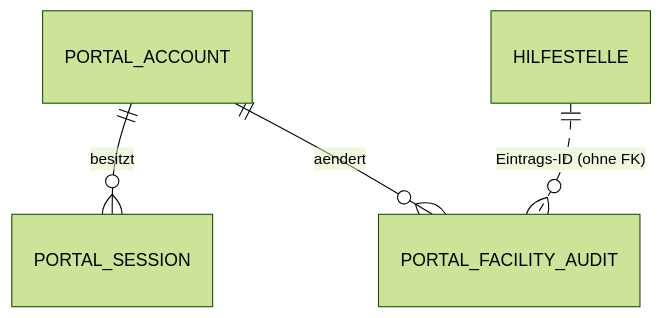
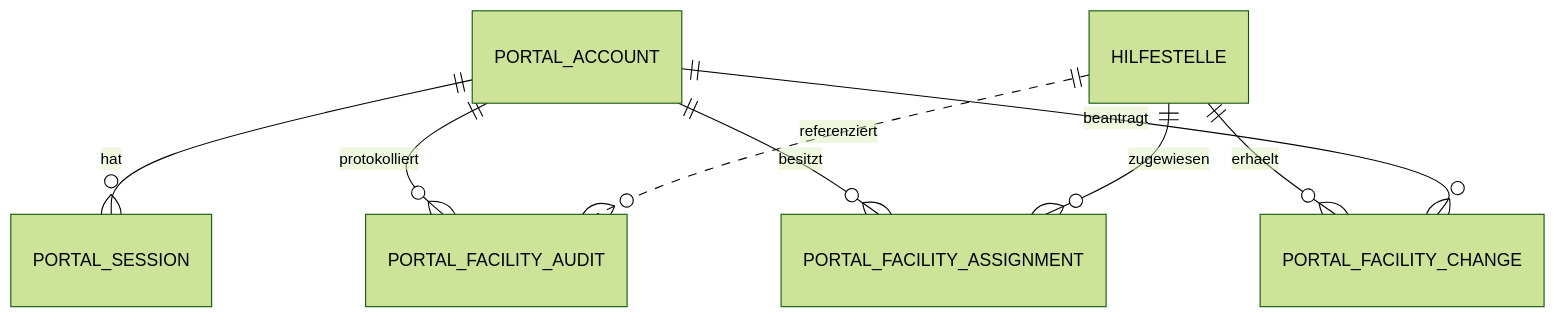
One commit to Pferdusmaximus/YANA-A-B-S changed the diagram in docs/technik/teamportal-datenbank.md. Above: the diagram before and after it, drawn with Mermaid (forest theme). The commit also changed other lines of this file and 24 other files, not shown here.

````diff
--- a/docs/technik/teamportal-datenbank.md
+++ b/docs/technik/teamportal-datenbank.md
@@ -15,6 +17,10 @@
 ```mermaid
 erDiagram
-    PORTAL_ACCOUNT ||--o{ PORTAL_SESSION : "besitzt"
-    PORTAL_ACCOUNT ||--o{ PORTAL_FACILITY_AUDIT : "aendert"
-    HILFESTELLE ||..o{ PORTAL_FACILITY_AUDIT : "Eintrags-ID (ohne FK)"
+    PORTAL_ACCOUNT ||--o{ PORTAL_SESSION : hat
+    PORTAL_ACCOUNT ||--o{ PORTAL_FACILITY_AUDIT : protokolliert
+    PORTAL_ACCOUNT ||--o{ PORTAL_FACILITY_ASSIGNMENT : besitzt
+    HILFESTELLE ||--o{ PORTAL_FACILITY_ASSIGNMENT : zugewiesen
+    HILFESTELLE ||--o{ PORTAL_FACILITY_CHANGE : erhaelt
+    PORTAL_ACCOUNT ||--o{ PORTAL_FACILITY_CHANGE : beantragt
+    HILFESTELLE ||..o{ PORTAL_FACILITY_AUDIT : referenziert
 ```
````
